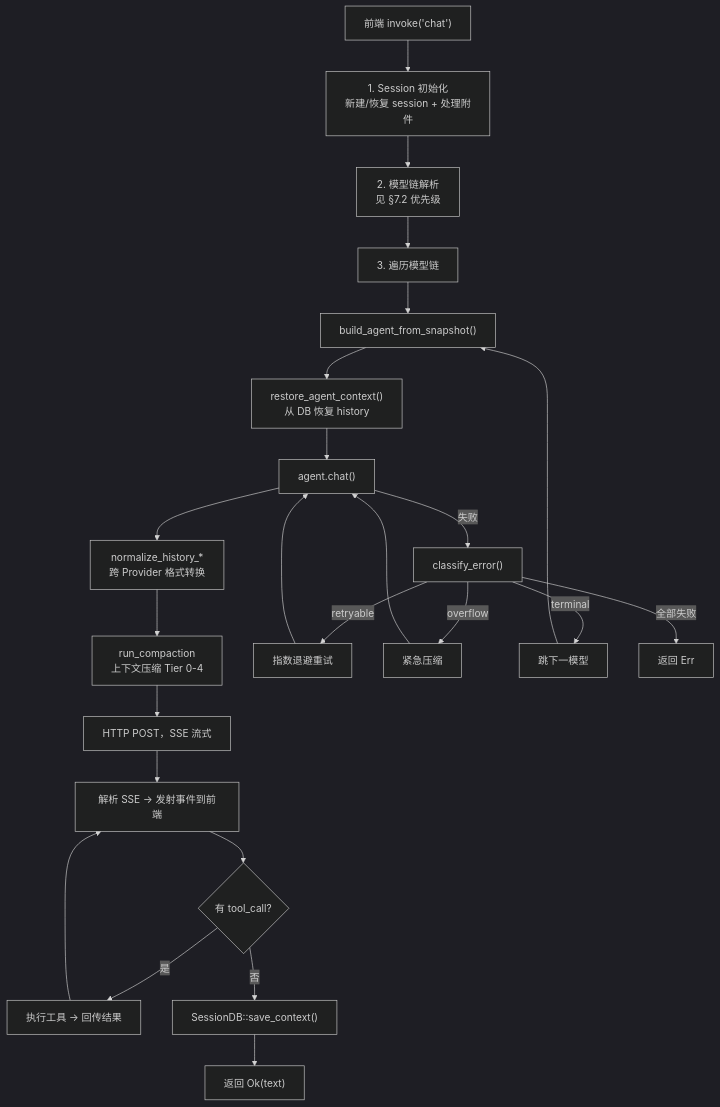
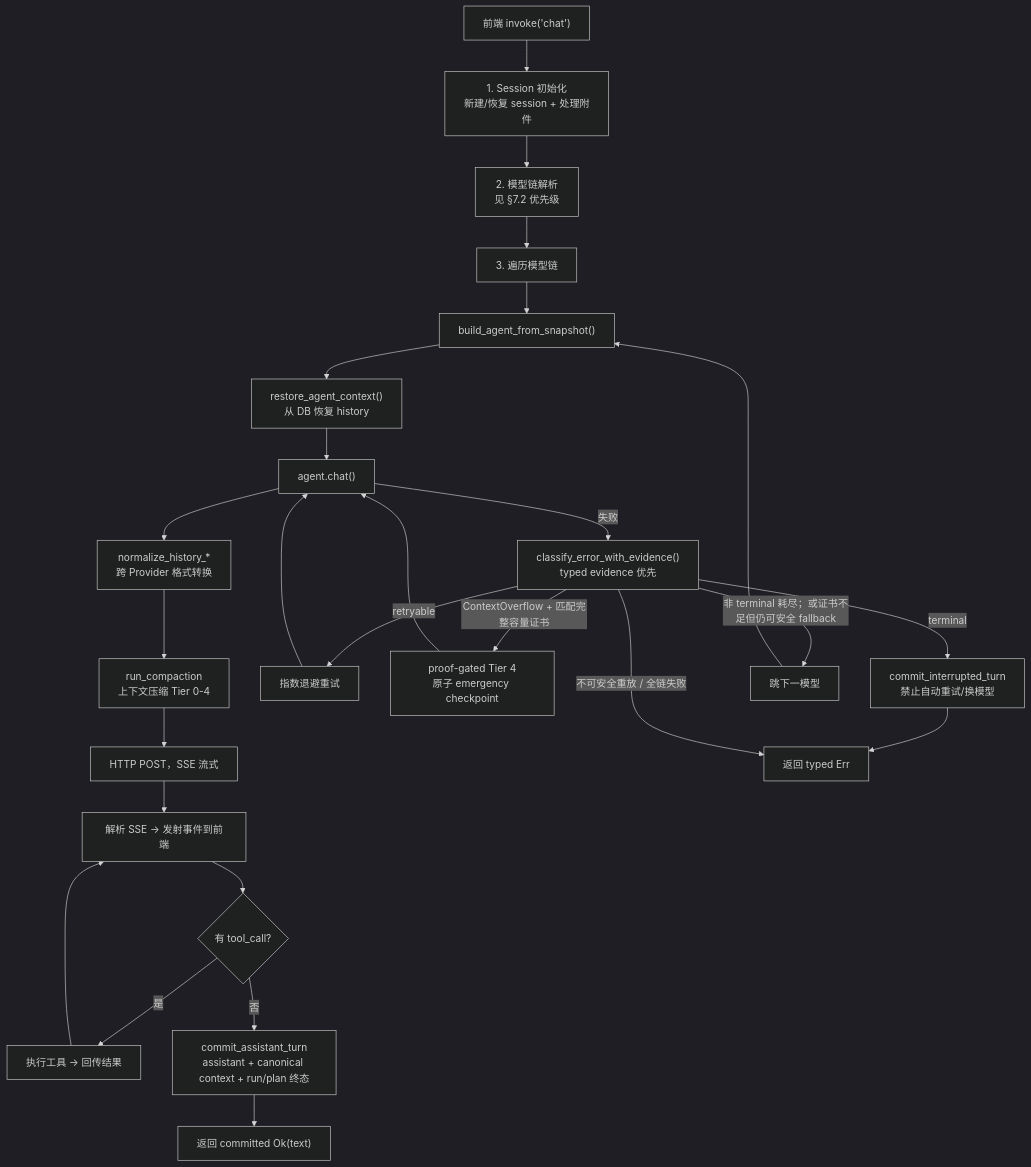
Before and after one commit to shiwenwen/hope-agent: the fourth of 16 diagrams in docs/architecture/core/provider-system.md, drawn with Mermaid (dark theme). The commit also changed other lines of this file and 124 other files, not shown here.

````diff
--- a/docs/architecture/core/provider-system.md
+++ b/docs/architecture/core/provider-system.md
@@ -220,25 +220,26 @@
 ```mermaid
 flowchart TD
   FE["前端 invoke('chat')"] --> INIT["1. Session 初始化<br/>新建/恢复 session + 处理附件"]
   INIT --> CHAIN["2. 模型链解析<br/>见 §7.2 优先级"]
   CHAIN --> LOOP["3. 遍历模型链"]
 
   LOOP --> BUILD["build_agent_from_snapshot()"]
   BUILD --> RESTORE["restore_agent_context()<br/>从 DB 恢复 history"]
   RESTORE --> CHAT["agent.chat()"]
 
   CHAT --> NORM["normalize_history_*<br/>跨 Provider 格式转换"]
   NORM --> COMPACT["run_compaction<br/>上下文压缩 Tier 0-4"]
   COMPACT --> API["HTTP POST，SSE 流式"]
   API --> PARSE["解析 SSE → 发射事件到前端"]
   PARSE --> TOOL{"有 tool_call?"}
   TOOL -->|是| EXEC["执行工具 → 回传结果"] --> PARSE
-  TOOL -->|否| SAVE["SessionDB::save_context()"]
-  SAVE --> OK["返回 Ok(text)"]
+  TOOL -->|否| SAVE["commit_assistant_turn<br/>assistant + canonical context + run/plan 终态"]
+  SAVE --> OK["返回 committed Ok(text)"]
 
-  CHAT -->|失败| CLASSIFY["classify_error()"]
+  CHAT -->|失败| CLASSIFY["classify_error_with_evidence()<br/>typed evidence 优先"]
   CLASSIFY -->|retryable| RETRY["指数退避重试"] --> CHAT
-  CLASSIFY -->|overflow| EMERGENCY["紧急压缩"] --> CHAT
-  CLASSIFY -->|terminal| NEXT["跳下一模型"] --> BUILD
-  CLASSIFY -->|全部失败| ERR["返回 Err"]
+  CLASSIFY -->|"ContextOverflow + 匹配完整容量证书"| EMERGENCY["proof-gated Tier 4<br/>原子 emergency checkpoint"] --> CHAT
+  CLASSIFY -->|"terminal"| ABORT["commit_interrupted_turn<br/>禁止自动重试/换模型"] --> ERR["返回 typed Err"]
+  CLASSIFY -->|"非 terminal 耗尽；或证书不足但仍可安全 fallback"| NEXT["跳下一模型"] --> BUILD
+  CLASSIFY -->|"不可安全重放 / 全链失败"| ERR
 ```
````
